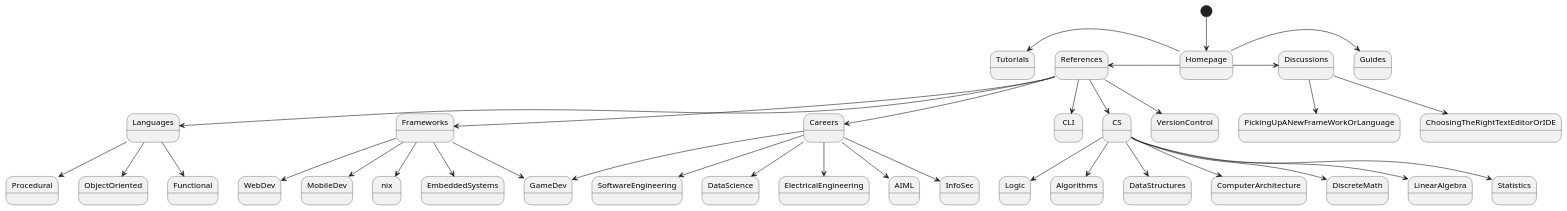
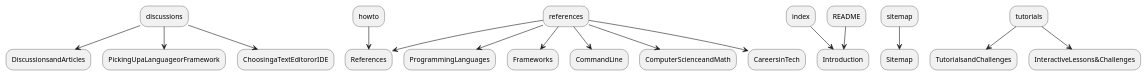
One commit to LearnTeachCode/code-coffee-compendium changed the diagram in sitemap.adoc. Above: the diagram before and after it, drawn with PlantUML. The commit also changed 11 other files, not shown here.

```diff
--- a/sitemap.adoc
+++ b/sitemap.adoc
@@ -9,46 +9,21 @@
-[plantuml, sitemap, svg]
+[plantuml, svg]
 ----
 @startuml
-[*] --> Homepage
-
-Homepage -left-> References
-Homepage -left-> Tutorials
-Homepage -> Guides
-Homepage -> Discussions
-
-References -down-> Languages
-References -down-> Frameworks
-References -down-> CLI
-References -down-> CS
-References -down-> Careers
-References -down-> VersionControl
-
-Languages -down-> ObjectOriented 
-Languages -down-> Functional
-Languages -down-> Procedural
-
-Frameworks -down-> WebDev
-Frameworks -down-> MobileDev
-Frameworks -down-> GameDev
-Frameworks -down-> nix
-Frameworks -down-> EmbeddedSystems
-
-Careers -down-> SoftwareEngineering
-Careers -down-> DataScience
-Careers -down-> ElectricalEngineering
-Careers -down-> AIML
-Careers -down-> GameDev
-Careers -down-> InfoSec
-
-CS -down-> Algorithms
-CS -down-> DataStructures
-CS -down-> ComputerArchitecture
-CS -down-> DiscreteMath
-CS -down-> LinearAlgebra
-CS -down-> Statistics
-CS -down-> Logic
-
-Discussions -down-> PickingUpANewFrameWorkOrLanguage
-Discussions -down-> ChoosingTheRightTextEditorOrIDE
+hide empty description
+discussions -down-> DiscussionsandArticles
+discussions -down-> PickingUpaLanguageorFramework
+discussions -down-> ChoosingaTextEditororIDE
+howto -down-> References
+index -down-> Introduction
+README -down-> Introduction
+references -down-> References
+references -down-> ProgrammingLanguages
+references -down-> Frameworks
+references -down-> CommandLine
+references -down-> ComputerScienceandMath
+references -down-> CareersinTech
+sitemap -down-> Sitemap
+tutorials -down-> TutorialsandChallenges
+tutorials -down-> InteractiveLessons&Challenges
 @enduml
 ----
```
